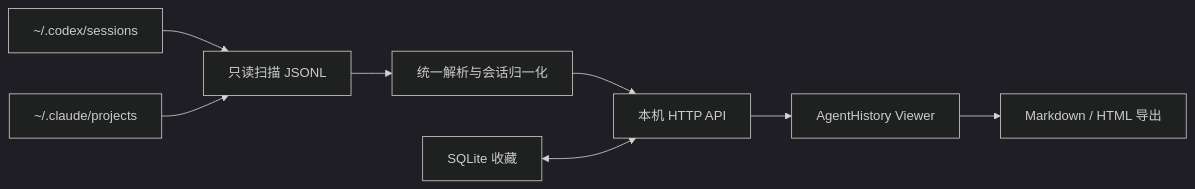
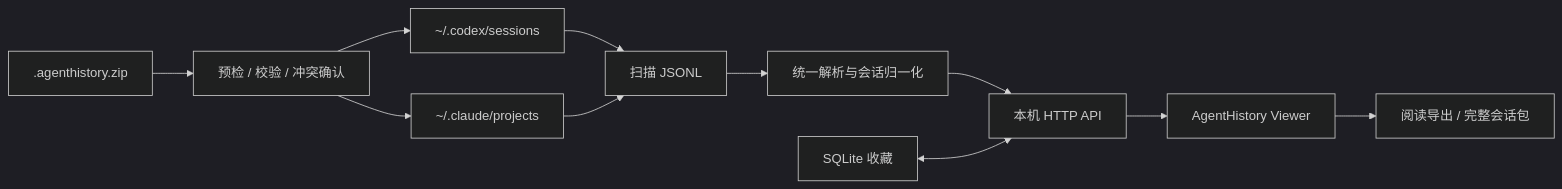
One commit to Yi-Eaaa/AgentHistory-Viewer changed the diagram in README.md. Above: the diagram before and after it, drawn with Mermaid (dark theme). The commit also changed other lines of this file and 10 other files, not shown here.

````diff
--- a/README.md
+++ b/README.md
@@ -71,10 +80,13 @@
 ```mermaid
 flowchart LR
-    Codex["~/.codex/sessions"] --> Scan["只读扫描 JSONL"]
+    Codex["~/.codex/sessions"] --> Scan["扫描 JSONL"]
     Claude["~/.claude/projects"] --> Scan
     Scan --> Parse["统一解析与会话归一化"]
     Parse --> API["本机 HTTP API"]
     Favorites["SQLite 收藏"] <--> API
     API --> UI["AgentHistory Viewer"]
-    UI --> Export["Markdown / HTML 导出"]
+    UI --> Export["阅读导出 / 完整会话包"]
+    Package[".agenthistory.zip"] --> Verify["预检 / 校验 / 冲突确认"]
+    Verify --> Codex
+    Verify --> Claude
 ```
````
